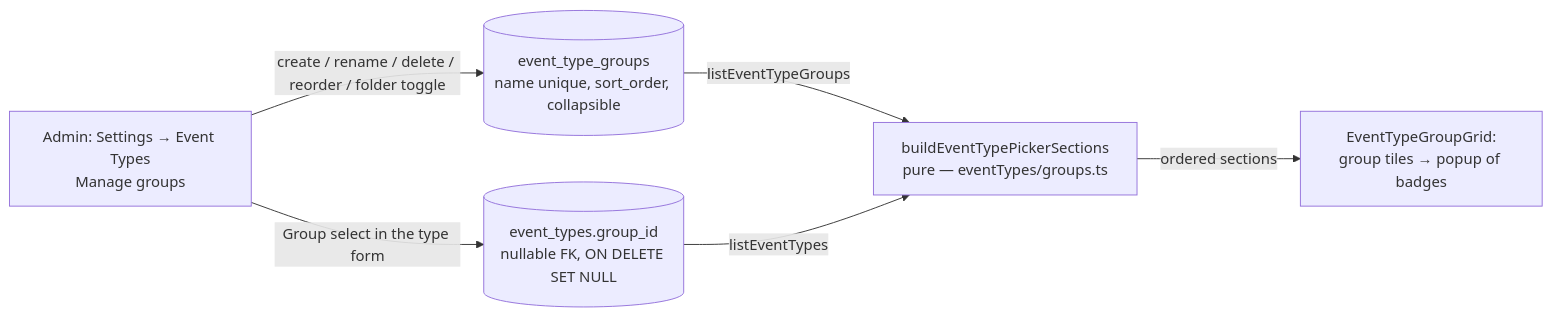
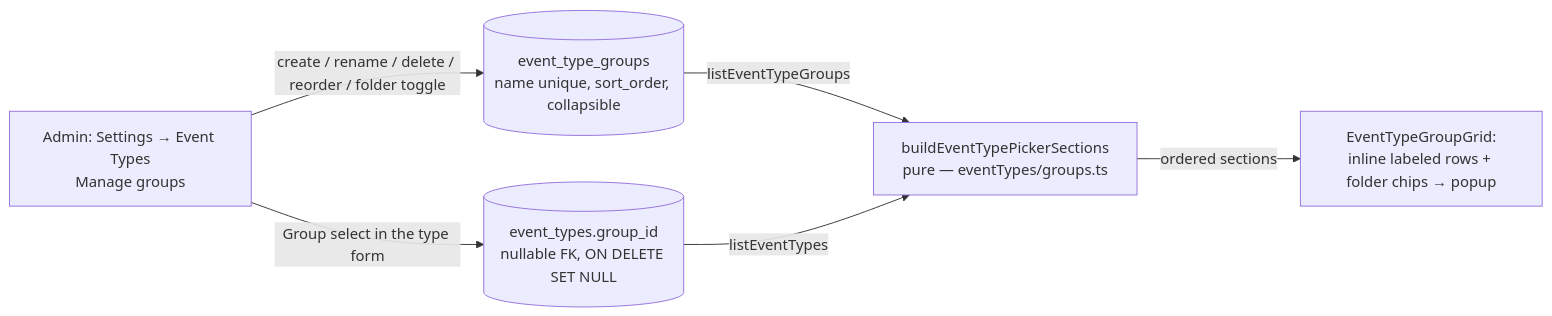
The fifth of 5 diagrams in docs/event-lifecycle.md (oncloudnintynineone-source/cloudy2), drawn with Mermaid before and after one commit. The commit also changed other lines of this file and 9 other files, not shown here.

Commit message:
feat: show non-folder event type groups inline as labeled rows

````diff
--- a/docs/event-lifecycle.md
+++ b/docs/event-lifecycle.md
@@ -818,8 +819,8 @@
 ```mermaid
 flowchart LR
  A[Admin: Settings → Event Types<br/>Manage groups] -->|create / rename / delete / reorder / folder toggle| G[(event_type_groups<br/>name unique, sort_order, collapsible)]
  A -->|Group select in the type form| T[(event_types.group_id<br/>nullable FK, ON DELETE SET NULL)]
  G -->|listEventTypeGroups| P[buildEventTypePickerSections<br/>pure — eventTypes/groups.ts]
  T -->|listEventTypes| P
- P -->|ordered sections| W[EventTypeGroupGrid:<br/>group tiles → popup of badges]
+ P -->|ordered sections| W[EventTypeGroupGrid:<br/>inline labeled rows + folder chips → popup]
 ```
````
